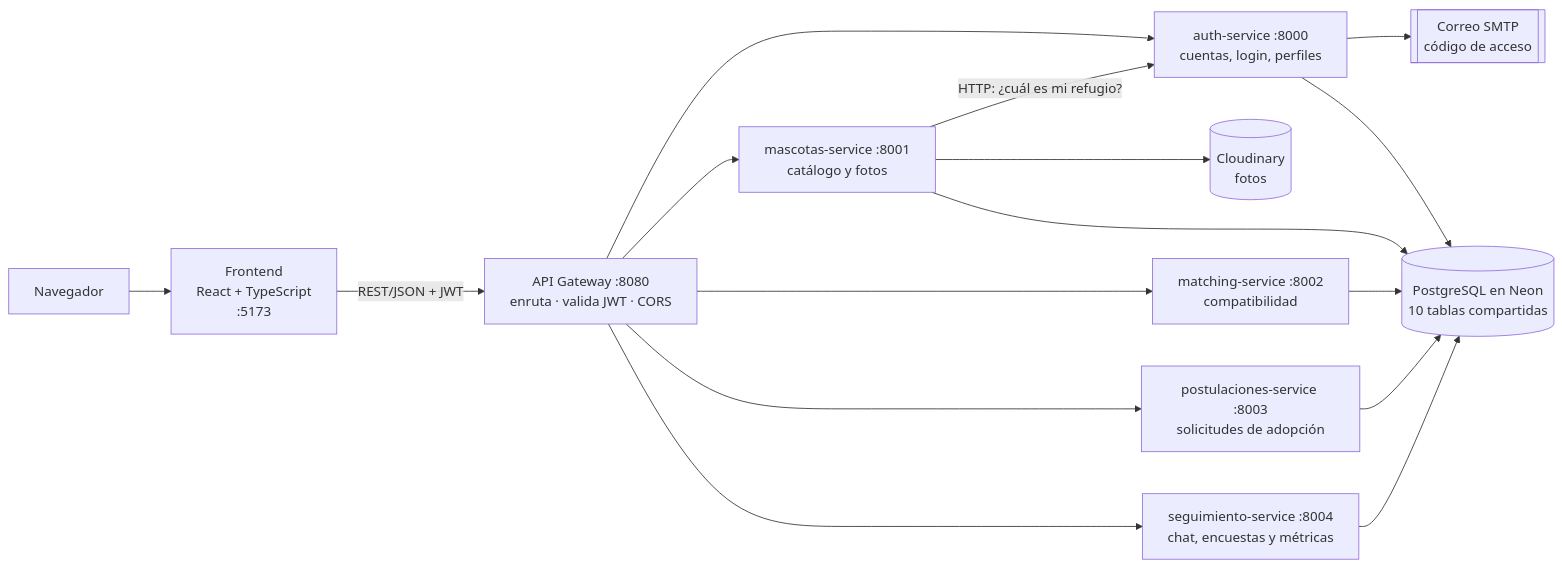
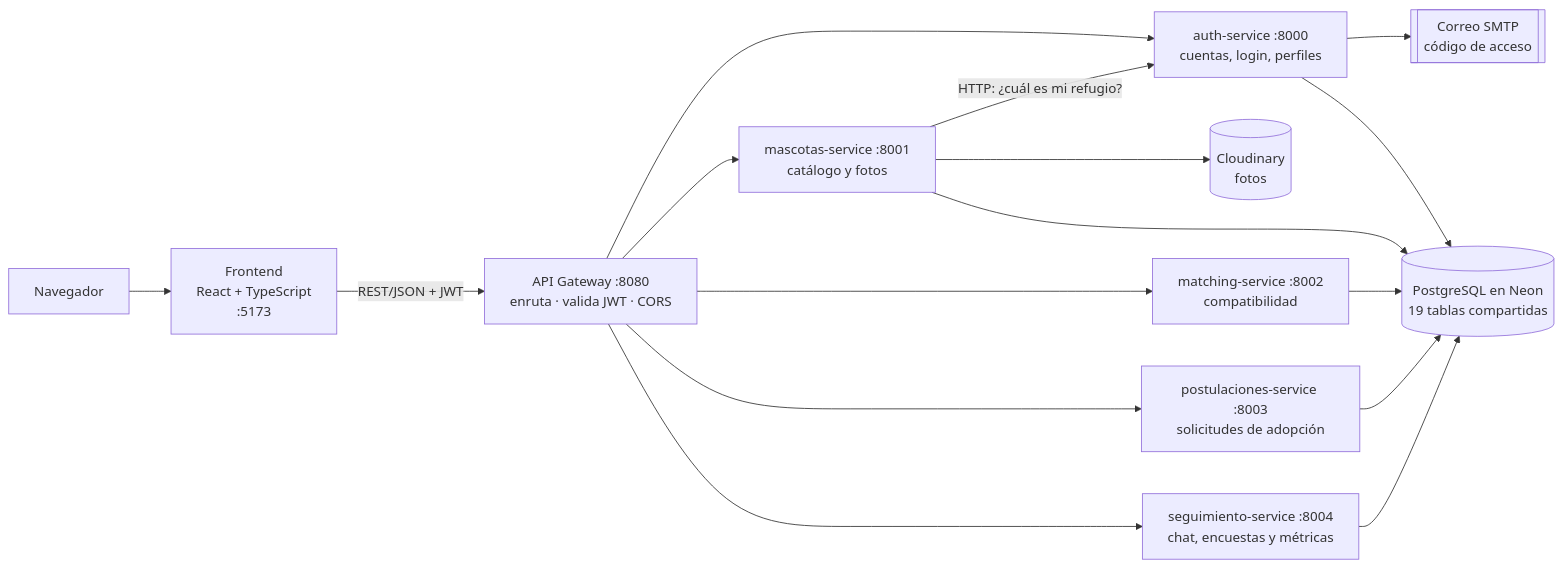
Before and after one commit to OrlandoIsaias/CAPSTONE: the first of 4 diagrams in GUIA_DEL_PROYECTO.md, drawn with Mermaid. The commit also changed other lines of this file and 3 other files, not shown here.

````diff
--- a/GUIA_DEL_PROYECTO.md
+++ b/GUIA_DEL_PROYECTO.md
@@ -82,18 +82,18 @@
 ```mermaid
 flowchart LR
     U[Navegador] --> FE["Frontend<br/>React + TypeScript<br/>:5173"]
     FE -->|"REST/JSON + JWT"| GW["API Gateway :8080<br/>enruta · valida JWT · CORS"]
     GW --> AUTH["auth-service :8000<br/>cuentas, login, perfiles"]
     GW --> MAS["mascotas-service :8001<br/>catálogo y fotos"]
     GW --> MAT["matching-service :8002<br/>compatibilidad"]
     GW --> POS["postulaciones-service :8003<br/>solicitudes de adopción"]
     GW --> SEG["seguimiento-service :8004<br/>chat, encuestas y métricas"]
     MAS -->|"HTTP: ¿cuál es mi refugio?"| AUTH
     MAS --> CLD[("Cloudinary<br/>fotos")]
     AUTH --> SMTP[["Correo SMTP<br/>código de acceso"]]
-    AUTH --> DB[("PostgreSQL en Neon<br/>10 tablas compartidas")]
+    AUTH --> DB[("PostgreSQL en Neon<br/>19 tablas compartidas")]
     MAS --> DB
     MAT --> DB
     POS --> DB
     SEG --> DB
 ```
````
